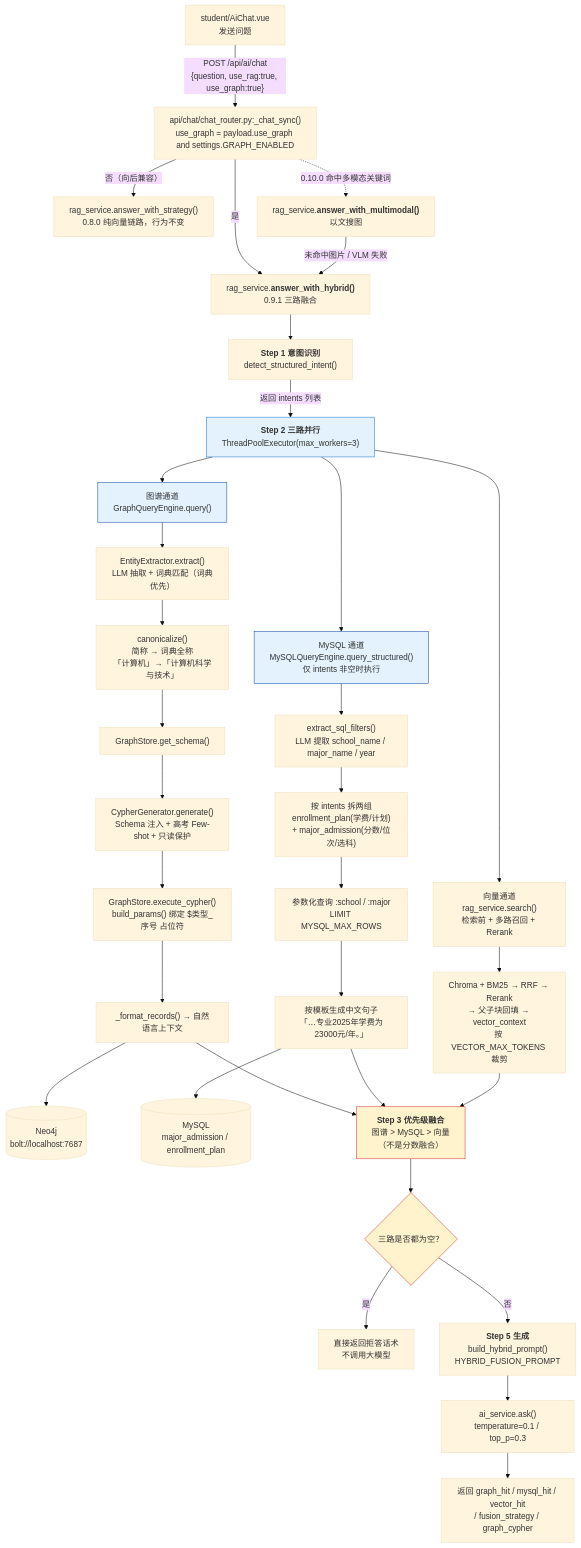
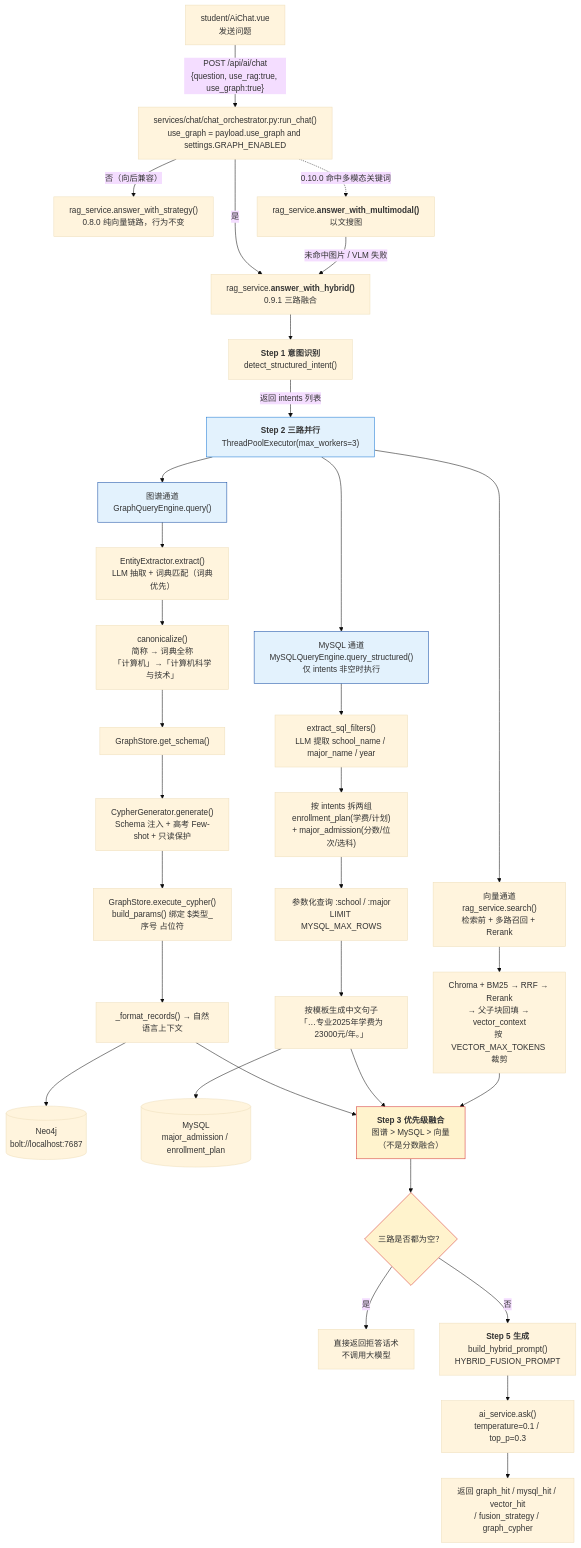
Before and after one commit to TS-DE/college-application-process: the sixth of 12 diagrams in README.md, drawn with Mermaid (base theme). The commit also changed other lines of this file and 9 other files, not shown here.

````diff
--- a/README.md
+++ b/README.md
@@ -705,48 +709,48 @@
 ```mermaid
 graph TD
-    A["student/AiChat.vue<br/>发送问题"] -->|"POST /api/ai/chat<br/>{question, use_rag:true, use_graph:true}"| B["api/chat/chat_router.py:_chat_sync()<br/>use_graph = payload.use_graph and settings.GRAPH_ENABLED"]
+    A["student/AiChat.vue<br/>发送问题"] -->|"POST /api/ai/chat<br/>{question, use_rag:true, use_graph:true}"| B["services/chat/chat_orchestrator.py:run_chat()<br/>use_graph = payload.use_graph and settings.GRAPH_ENABLED"]
     B -->|"是"| C["rag_service.<b>answer_with_hybrid()</b><br/>0.9.1 三路融合"]
     B -->|"否（向后兼容）"| Z["rag_service.answer_with_strategy()<br/>0.8.0 纯向量链路，行为不变"]
 
     B -.->|"0.10.0 命中多模态关键词"| MM["rag_service.<b>answer_with_multimodal()</b><br/>以文搜图"]
     MM -->|"未命中图片 / VLM 失败"| C
 
     C --> S1["<b>Step 1 意图识别</b><br/>detect_structured_intent()"]
     S1 -->|"返回 intents 列表"| S2["<b>Step 2 三路并行</b><br/>ThreadPoolExecutor(max_workers=3)"]
 
     S2 --> D1["图谱通道<br/>GraphQueryEngine.query()"]
     S2 --> D2["MySQL 通道<br/>MySQLQueryEngine.query_structured()<br/>仅 intents 非空时执行"]
     S2 --> D3["向量通道<br/>rag_service.search()<br/>检索前 + 多路召回 + Rerank"]
 
     D1 --> E1["EntityExtractor.extract()<br/>LLM 抽取 + 词典匹配（词典优先）"]
     E1 --> E2["canonicalize()<br/>简称 → 词典全称<br/>「计算机」→「计算机科学与技术」"]
     E2 --> E3["GraphStore.get_schema()"]
     E3 --> E4["CypherGenerator.generate()<br/>Schema 注入 + 高考 Few-shot + 只读保护"]
     E4 --> E5["GraphStore.execute_cypher()<br/>build_params() 绑定 $类型_序号 占位符"]
     E5 --> E6["_format_records() → 自然语言上下文"]
     E6 --> G1[("Neo4j<br/>bolt://localhost:7687")]
 
     D2 --> M1["extract_sql_filters()<br/>LLM 提取 school_name / major_name / year"]
     M1 --> M2["按 intents 拆两组<br/>enrollment_plan(学费/计划)<br/>+ major_admission(分数/位次/选科)"]
     M2 --> M3["参数化查询 :school / :major<br/>LIMIT MYSQL_MAX_ROWS"]
     M3 --> M4["按模板生成中文句子<br/>「…专业2025年学费为23000元/年。」"]
     M4 --> G2[("MySQL<br/>major_admission / enrollment_plan")]
 
     D3 --> F3["Chroma + BM25 → RRF → Rerank<br/>→ 父子块回填 → vector_context<br/>按 VECTOR_MAX_TOKENS 裁剪"]
 
     E6 --> H["<b>Step 3 优先级融合</b><br/>图谱 > MySQL > 向量<br/>（不是分数融合）"]
     M4 --> H
     F3 --> H
 
     H --> I{"三路是否都为空？"}
     I -->|"是"| J1["直接返回拒答话术<br/>不调用大模型"]
     I -->|"否"| J2["<b>Step 5 生成</b><br/>build_hybrid_prompt()<br/>HYBRID_FUSION_PROMPT"]
     J2 --> K["ai_service.ask()<br/>temperature=0.1 / top_p=0.3"]
     K --> L["返回 graph_hit / mysql_hit / vector_hit<br/>/ fusion_strategy / graph_cypher"]
 
     style S2 fill:#e3f2fd,stroke:#1976d2
     style D1 fill:#e3f2fd,stroke:#0d47a1
     style D2 fill:#e3f2fd,stroke:#0d47a1
     style H fill:#fff3cd,stroke:#d32f2f
     style I fill:#fff3cd,stroke:#d32f2f
 ```
````
